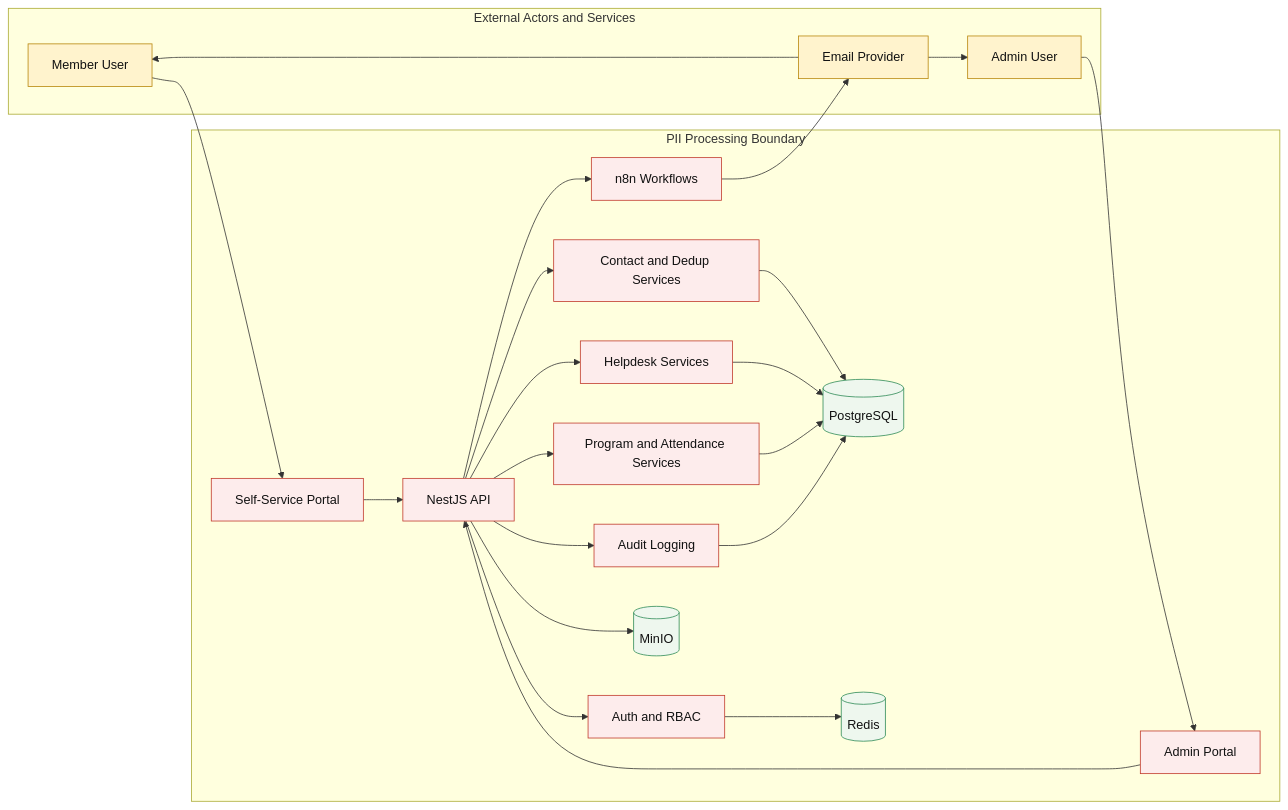
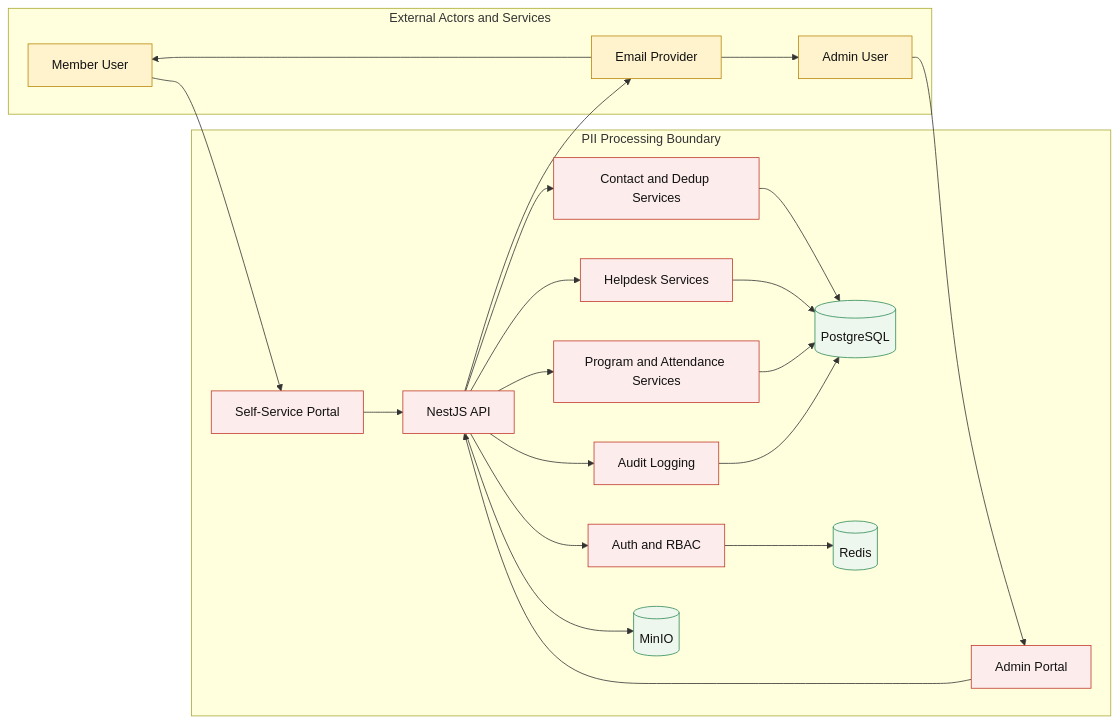
Before and after one commit to krkscm/ad-west: the diagram in ad-docs/business-intake-modular/12-architecture/04-data-flow-and-pii-boundary-diagram.md, drawn with Mermaid. The commit also changed other lines of this file and 261 other files, not shown here.

````diff
--- a/ad-docs/business-intake-modular/12-architecture/04-data-flow-and-pii-boundary-diagram.md
+++ b/ad-docs/business-intake-modular/12-architecture/04-data-flow-and-pii-boundary-diagram.md
@@ -16,55 +17,52 @@
 ```mermaid
 flowchart LR
   subgraph EXT[External Actors and Services]
     MU[Member User]
     AU[Admin User]
     MAIL[Email Provider]
   end
 
   subgraph PII[PII Processing Boundary]
     SS[Self-Service Portal]
     AP[Admin Portal]
     API[NestJS API]
     AUTH[Auth and RBAC]
     CRM[Contact and Dedup Services]
     HD[Helpdesk Services]
     EVT[Program and Attendance Services]
     AUD[Audit Logging]
     PG[(PostgreSQL)]
     RD[(Redis)]
     MN[(MinIO)]
-    N8N[n8n Workflows]
   end
 
   MU --> SS
   AU --> AP
 
   SS --> API
   AP --> API
 
   API --> AUTH
   API --> CRM
   API --> HD
   API --> EVT
   API --> AUD
 
   AUTH --> RD
   CRM --> PG
   HD --> PG
   EVT --> PG
   AUD --> PG
   API --> MN
-
-  API --> N8N
-  N8N --> MAIL
+  API --> MAIL
   MAIL --> MU
   MAIL --> AU
 
   classDef ext fill:#fff3cd,stroke:#b8860b,color:#111;
   classDef pii fill:#fdecec,stroke:#c0392b,color:#111;
   classDef data fill:#eef7ee,stroke:#2e8b57,color:#111;
 
   class MU,AU,MAIL ext;
-  class SS,AP,API,AUTH,CRM,HD,EVT,AUD,N8N pii;
+  class SS,AP,API,AUTH,CRM,HD,EVT,AUD pii;
   class PG,RD,MN data;
 ```
````
